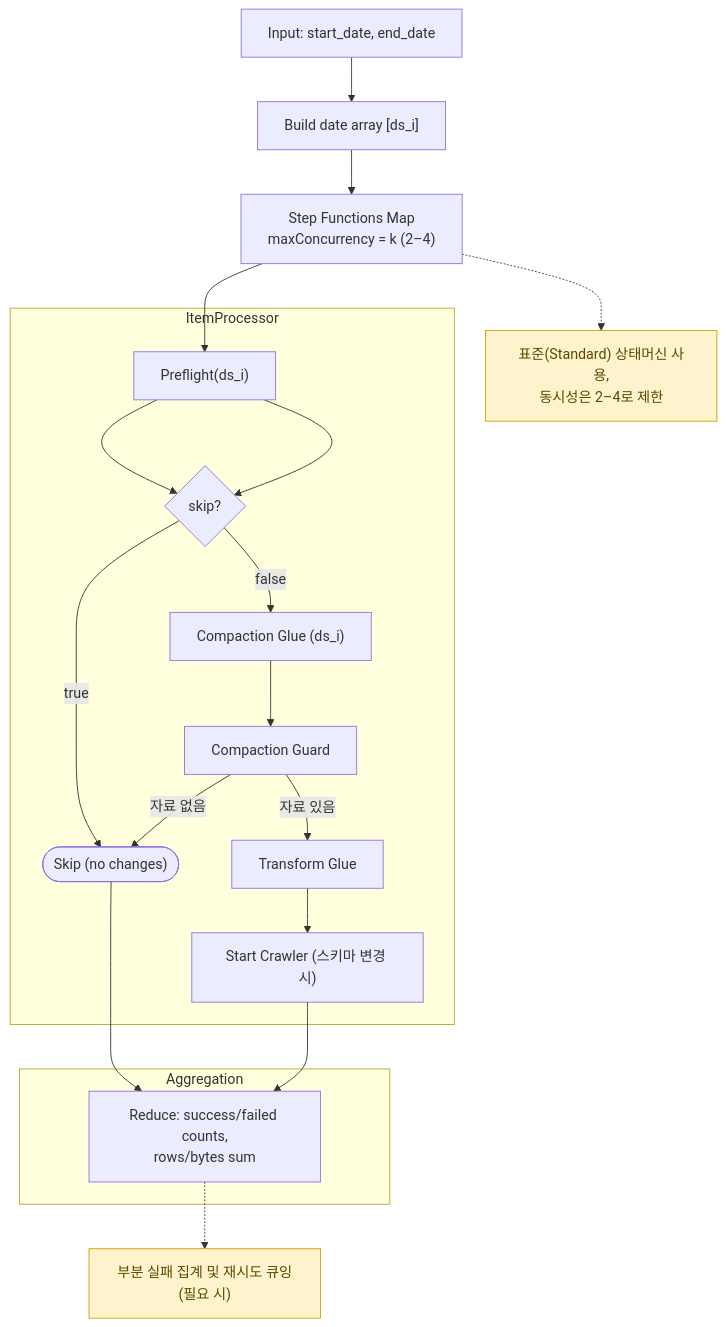
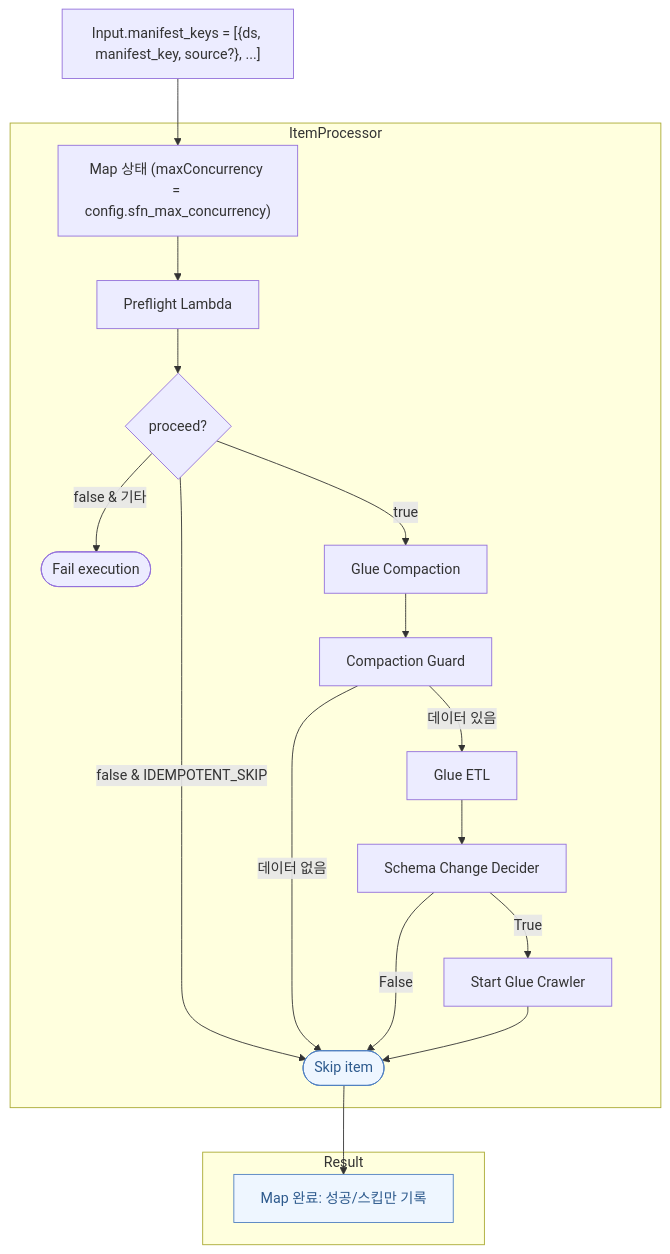
Before and after one commit to keemgdeok/fin-forge-pipeline: the diagram in docs/diagrams/transform/05-backfill-map.md, drawn with Mermaid. The commit also changed 35 other files, not shown here.

Commit message:
docs: refresh diagrams

````diff
--- a/docs/diagrams/transform/05-backfill-map.md
+++ b/docs/diagrams/transform/05-backfill-map.md
@@ -1,32 +1,26 @@
 ```mermaid
 flowchart TD
-  A["Input: start_date, end_date"] --> B["Build date array [ds_i]"]
-  B --> M["Step Functions Map<br/>maxConcurrency = k (2–4)"]
+  A["Input.manifest_keys = [{ds, manifest_key, source?}, ...]"] --> M["Map 상태 (maxConcurrency = config.sfn_max_concurrency)"]
 
   subgraph ItemProcessor
-    I1["Preflight(ds_i)"] --> J{skip?}
-    J -->|true| SKIP(["Skip (no changes)"])
-    J -->|false| C["Compaction Glue (ds_i)"]
-    C --> G["Compaction Guard"]
-    G -->|자료 있음| T["Transform Glue"]
-    G -->|자료 없음| SKIP
-    T --> CR["Start Crawler (스키마 변경 시)"]
-    
+    M --> P["Preflight Lambda"]
+    P --> D{proceed?}
+    D -->|false & IDEMPOTENT_SKIP| SKIP(["Skip item"])
+    D -->|false & 기타| FAIL(["Fail execution"])
+    D -->|true| COMP["Glue Compaction"]
+    COMP --> GUARD["Compaction Guard"]
+    GUARD -->|데이터 없음| SKIP
+    GUARD -->|데이터 있음| ETL["Glue ETL"]
+    ETL --> DECIDE["Schema Change Decider"]
+    DECIDE -->|True| CRAWLER["Start Glue Crawler"]
+    DECIDE -->|False| SKIP
+    CRAWLER --> SKIP
   end
 
-  M --> I1
-  I1 --> J
-  SKIP --> Z
-  CR --> Z
-  subgraph Aggregation
-    Z["Reduce: success/failed counts,<br/>rows/bytes sum"]
+  subgraph Result
+    SKIP --> Z["Map 완료: 성공/스킵만 기록"]
   end
 
-  %% Notes
-  N1["표준(Standard) 상태머신 사용,<br/>동시성은 2–4로 제한"]:::note
-  N2["부분 실패 집계 및 재시도 큐잉(필요 시)"]:::note
-  M -.-> N1
-  Z -.-> N2
-
-  classDef note fill:#fff3cd,stroke:#d39e00,color:#5c4800;
+  classDef skip fill:#eef6ff,stroke:#5080c1,color:#2d5a8d;
+  class SKIP,Z skip;
 ```
````
